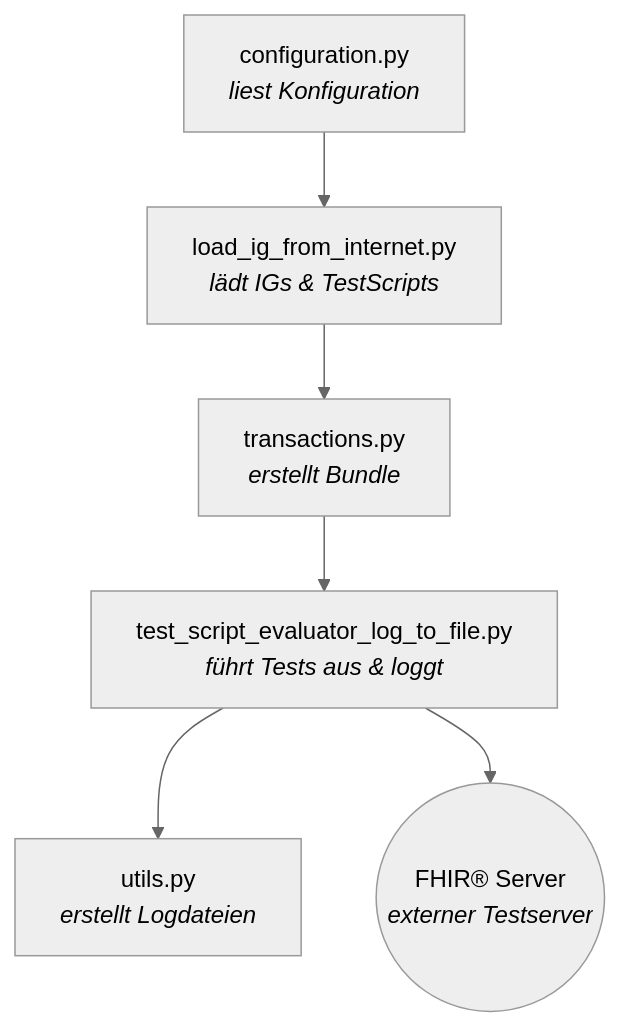
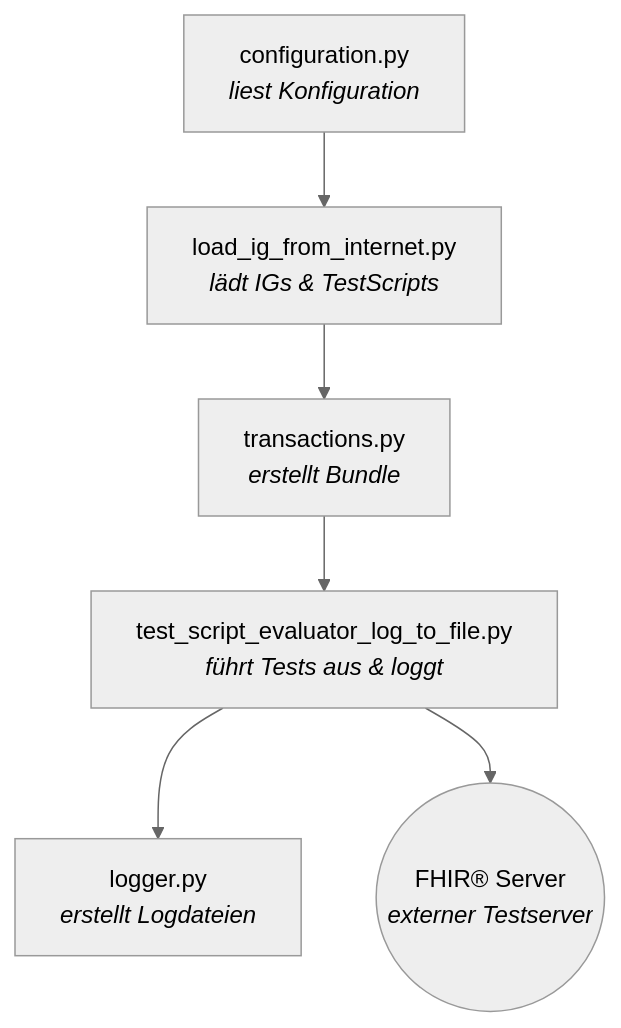
The first of 2 diagrams in README.md (HL7Austria/HL7-AT-TestFhiry-TestRunner), drawn with Mermaid (neutral theme) before and after one commit. The commit also changed other lines of this file and 3 other files, not shown here.

````diff
--- a/README.md
+++ b/README.md
@@ -127,8 +123,8 @@
 ```mermaid
 flowchart TD
     A[configuration.py<br/><i>liest Konfiguration</i>] --> B[load_ig_from_internet.py<br/><i>lädt IGs & TestScripts</i>]
     B --> C[transactions.py<br/><i>erstellt Bundle</i>]
     C --> D[test_script_evaluator_log_to_file.py<br/><i>führt Tests aus & loggt</i>]
-    D --> E[utils.py<br/><i>erstellt Logdateien</i>]
+    D --> E[logger.py<br/><i>erstellt Logdateien</i>]
     D --> F((FHIR® Server<br/><i>externer Testserver</i>))
 ```
````
